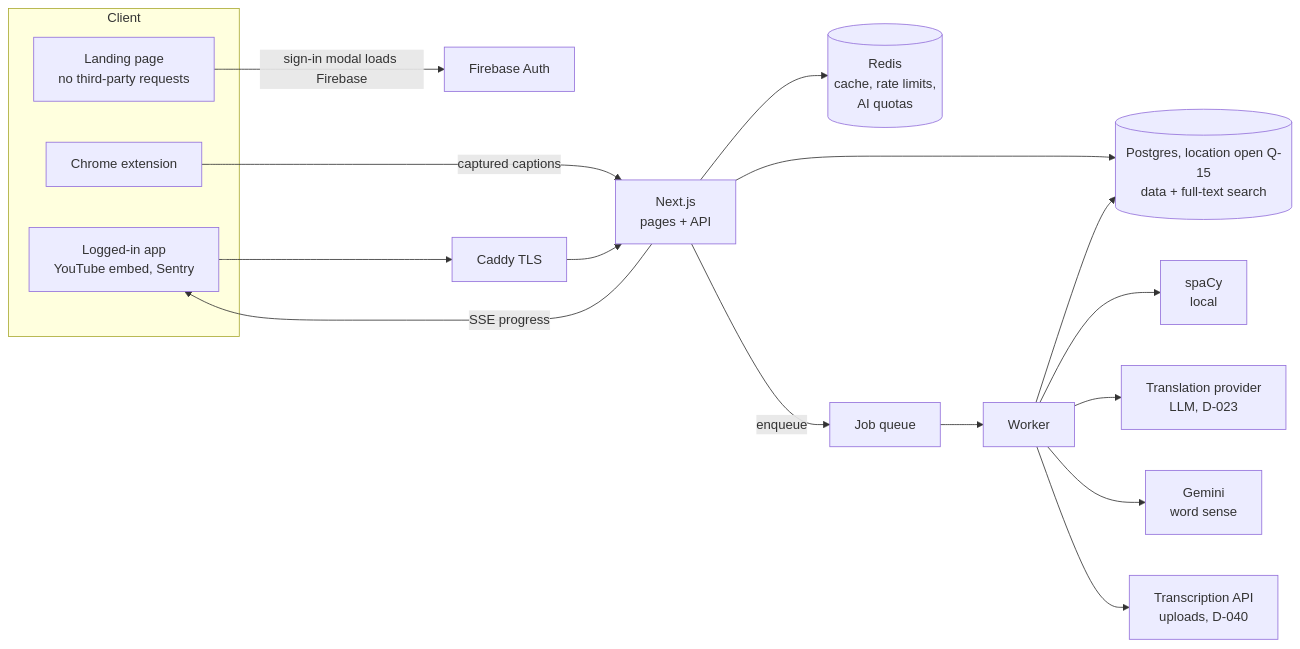
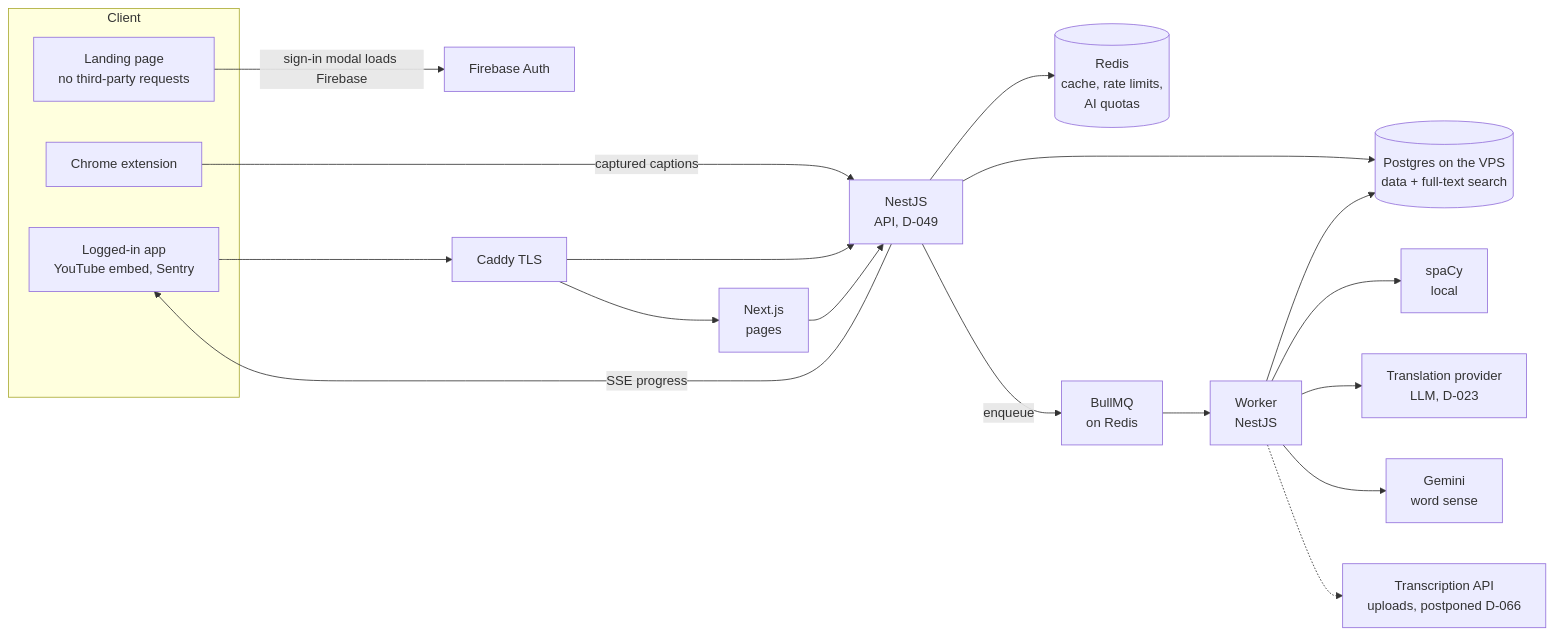
Before and after one commit to SuvuYou/linguastream: the diagram in docs/architecture-target/overview.md, drawn with Mermaid. The commit also changed other lines of this file and 51 other files, not shown here.

````diff
--- a/docs/architecture-target/overview.md
+++ b/docs/architecture-target/overview.md
@@ -12,22 +12,24 @@
 ```mermaid
 flowchart LR
   subgraph Client
     LP[Landing page<br/>no third-party requests]
     APP[Logged-in app<br/>YouTube embed, Sentry]
     EXT[Chrome extension]
   end
   LP -- sign-in modal loads Firebase --> FB[Firebase Auth]
   EXT -- captured captions --> API
   APP --> C[Caddy TLS]
-  C --> API[Next.js<br/>pages + API]
-  API --> PG[(Postgres, location open Q-15<br/>data + full-text search)]
+  C --> WEB[Next.js<br/>pages]
+  C --> API[NestJS<br/>API, D-049]
+  WEB --> API
+  API --> PG[(Postgres on the VPS<br/>data + full-text search)]
   API --> R[(Redis<br/>cache, rate limits,<br/>AI quotas)]
-  API -- enqueue --> Q[Job queue]
-  Q --> W[Worker]
+  API -- enqueue --> Q[BullMQ<br/>on Redis]
+  Q --> W[Worker<br/>NestJS]
   W --> SP[spaCy<br/>local]
   W --> TR[Translation provider<br/>LLM, D-023]
   W --> GM[Gemini<br/>word sense]
-  W --> GQ[Transcription API<br/>uploads, D-040]
+  W -.-> GQ[Transcription API<br/>uploads, postponed D-066]
   W --> PG
   API -- SSE progress --> APP
 ```
````
